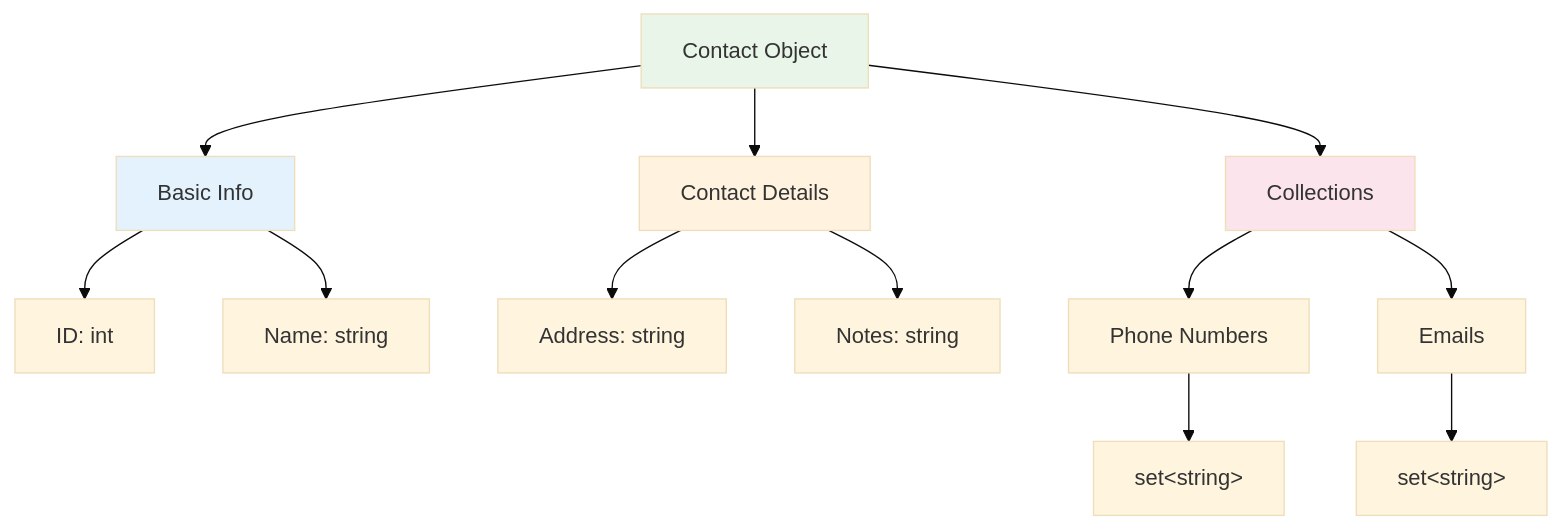
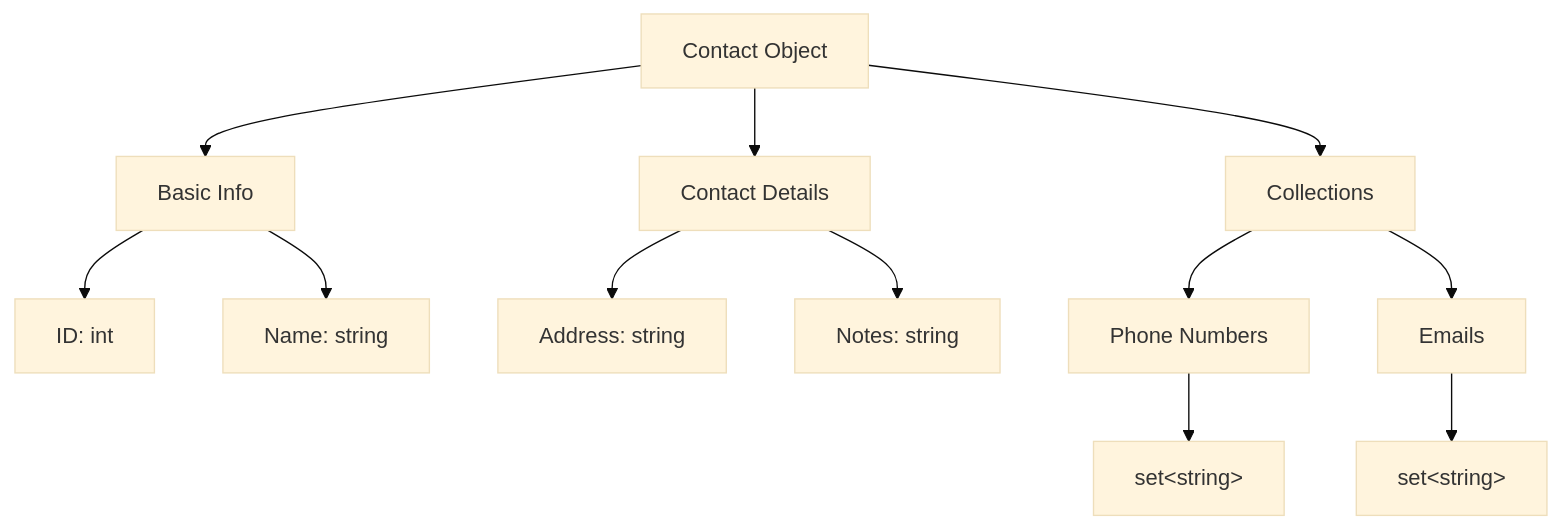
The third of 14 diagrams in DATA_STRUCTURES_TREES.md (TaiLoiZzzz/DSA_PROJECT), drawn with Mermaid (base theme) before and after one commit. The commit also changed other lines of this file, not shown here.

````diff
--- a/DATA_STRUCTURES_TREES.md
+++ b/DATA_STRUCTURES_TREES.md
@@ -57,23 +45,18 @@
 ```mermaid
 graph TD
     A[Contact Object] --> B[Basic Info]
     A --> C[Contact Details]
     A --> D[Collections]
-    
+
     B --> B1[ID: int]
     B --> B2[Name: string]
-    
+
     C --> C1[Address: string]
     C --> C2[Notes: string]
-    
+
     D --> D1[Phone Numbers]
     D --> D2[Emails]
-    
+
     D1 --> D1A[set&lt;string&gt;]
     D2 --> D2A[set&lt;string&gt;]
-    
-    style A fill:#e8f5e8
-    style B fill:#e3f2fd
-    style C fill:#fff3e0
-    style D fill:#fce4ec
 ```
````
